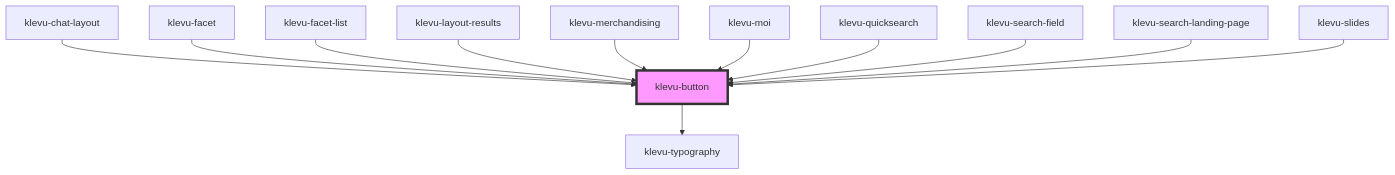
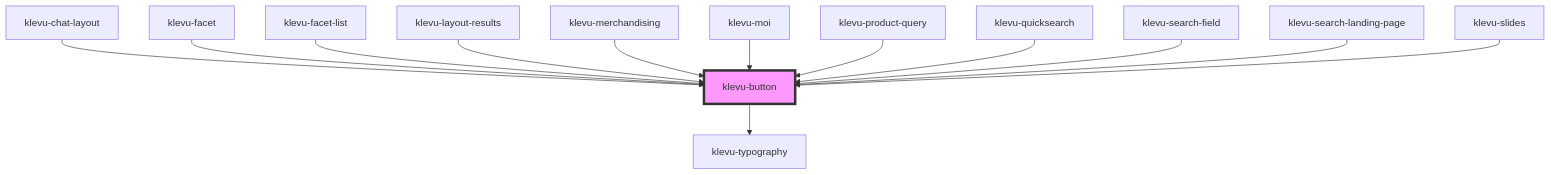
The diagram in packages/klevu-ui/src/components/klevu-button/readme.md (klevultd/frontend-sdk), drawn with Mermaid before and after one commit. The commit also changed other lines of this file and 12 other files, not shown here.

````diff
--- a/packages/klevu-ui/src/components/klevu-button/readme.md
+++ b/packages/klevu-ui/src/components/klevu-button/readme.md
@@ -56,15 +57,16 @@
 ```mermaid
 graph TD;
   klevu-button --> klevu-typography
   klevu-chat-layout --> klevu-button
   klevu-facet --> klevu-button
   klevu-facet-list --> klevu-button
   klevu-layout-results --> klevu-button
   klevu-merchandising --> klevu-button
   klevu-moi --> klevu-button
+  klevu-product-query --> klevu-button
   klevu-quicksearch --> klevu-button
   klevu-search-field --> klevu-button
   klevu-search-landing-page --> klevu-button
   klevu-slides --> klevu-button
   style klevu-button fill:#f9f,stroke:#333,stroke-width:4px
 ```
````
